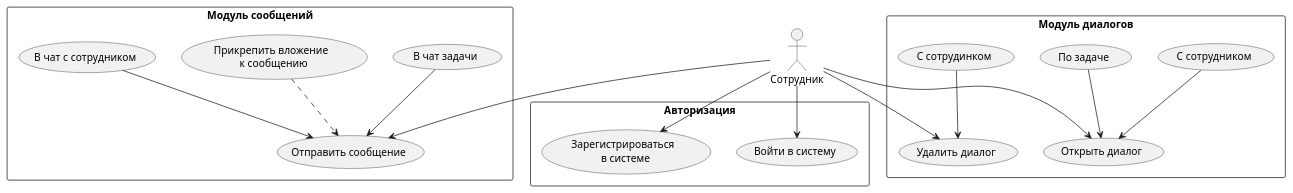
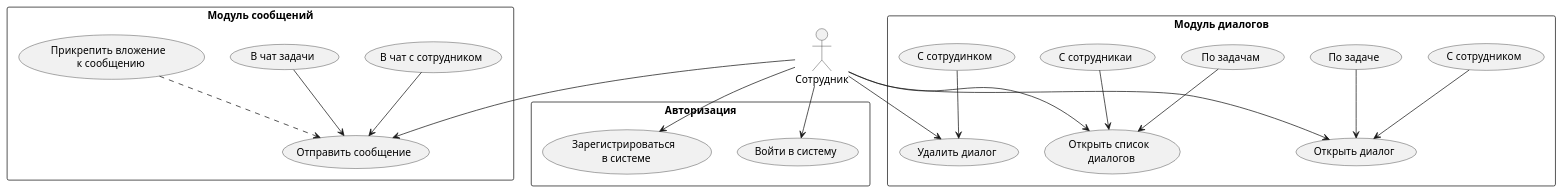
The diagram in UML/use cases/actors/employee.puml (reightenfels/Java-CRM), drawn with PlantUML before and after one commit. The commit also changed 112 other files, not shown here.

```diff
--- a/UML/use cases/actors/employee.puml
+++ b/UML/use cases/actors/employee.puml
@@ -1,45 +1,54 @@
 @startuml Сотрудник
 
 actor Сотрудник
 
 ' Сотрудник
 rectangle "Авторизация" {
     usecase "Войти в систему" as Auth
     usecase "Зарегистрироваться \n в системе" as Registration
 }
 
 Сотрудник --> Auth
 Сотрудник --> Registration
 
 rectangle "Модуль сообщений" {
     usecase "Отправить сообщение" as SendMessage
     usecase "В чат с сотрудником" as SendMessageToEmpl
     usecase "В чат задачи" as SendMessageToTask
     usecase "Прикрепить вложение \n к сообщению" as AddAttachmentToMessage
+
+    SendMessageToEmpl --> SendMessage
+    SendMessageToTask --> SendMessage
+
+    AddAttachmentToMessage ..> SendMessage <<extend>>
 }
 
 Сотрудник --> SendMessage
-
-SendMessageToEmpl --> SendMessage
-SendMessageToTask --> SendMessage
-
-AddAttachmentToMessage ..> SendMessage <<extend>>
 
 rectangle "Модуль диалогов" {
     usecase "Открыть диалог" as OpenDialog
     usecase "С сотрудником" as OpenEmployeeDialog
     usecase "По задаче" as OpenTaskDialog
 
+    usecase "Открыть список \n диалогов" as OpenDialogsList
+    usecase "По задачам" as OpenTasksDialogsList
+    usecase "С сотрудникаи" as OpenEmployeesDialogsList
+
     usecase "Удалить диалог" as DeleteDialog
     usecase "С сотрудинком" as DeleteEmployeeDialog
+
+    OpenEmployeeDialog --> OpenDialog
+    OpenTaskDialog --> OpenDialog
+
+    DeleteEmployeeDialog --> DeleteDialog
+
+    OpenTasksDialogsList --> OpenDialogsList
+    OpenEmployeesDialogsList --> OpenDialogsList
 }
 
 Сотрудник --> OpenDialog
 Сотрудник --> DeleteDialog
+Сотрудник --> OpenDialogsList
 
-OpenEmployeeDialog --> OpenDialog
-OpenTaskDialog --> OpenDialog
-
-DeleteEmployeeDialog --> DeleteDialog
 
 @enduml
```
